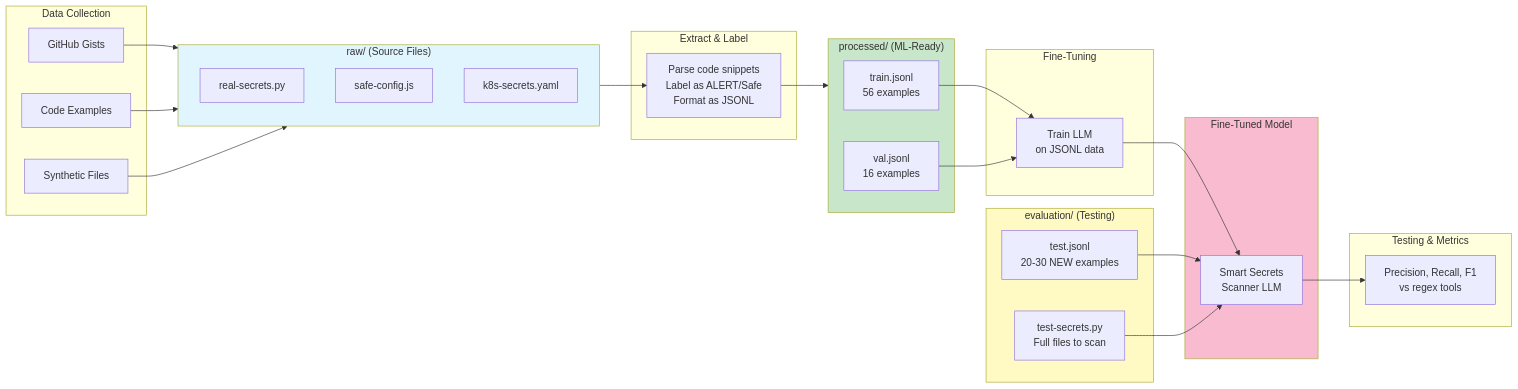
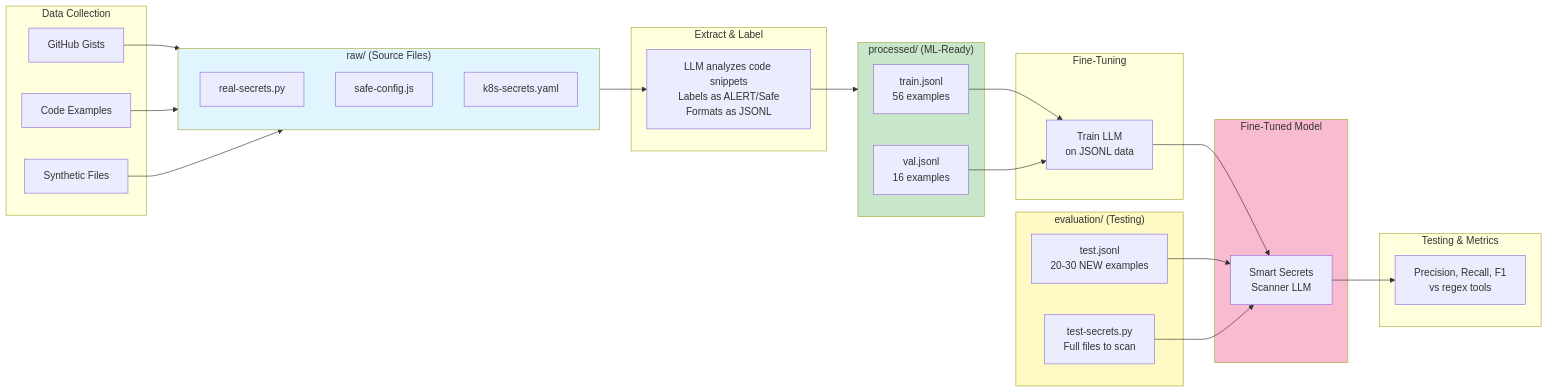
One commit to bcgov/Smart-Secrets-Scanner changed the diagram in data/README.md. Above: the diagram before and after it, drawn with Mermaid. The commit also changed other lines of this file and 68 other files, not shown here.

````diff
--- a/data/README.md
+++ b/data/README.md
@@ -7,57 +7,57 @@
 ```mermaid
 flowchart LR
     subgraph Collection["Data Collection"]
         A1[GitHub Gists]
         A2[Code Examples]
         A3[Synthetic Files]
     end
     
     subgraph Raw["raw/ (Source Files)"]
         B1[real-secrets.py]
         B2[safe-config.js]
         B3[k8s-secrets.yaml]
     end
     
     subgraph Processing["Extract & Label"]
-        C[Parse code snippets<br/>Label as ALERT/Safe<br/>Format as JSONL]
+        C[LLM analyzes code snippets<br/>Labels as ALERT/Safe<br/>Formats as JSONL]
     end
     
     subgraph Processed["processed/ (ML-Ready)"]
         D1[train.jsonl<br/>56 examples]
         D2[val.jsonl<br/>16 examples]
     end
     
     subgraph Training["Fine-Tuning"]
         E[Train LLM<br/>on JSONL data]
     end
     
     subgraph Evaluation["evaluation/ (Testing)"]
         F1[test.jsonl<br/>20-30 NEW examples]
         F2[test-secrets.py<br/>Full files to scan]
     end
     
     subgraph Model["Fine-Tuned Model"]
         G[Smart Secrets<br/>Scanner LLM]
     end
     
     subgraph Results["Testing & Metrics"]
         H[Precision, Recall, F1<br/>vs regex tools]
     end
     
     A1 --> Raw
     A2 --> Raw
     A3 --> Raw
     Raw --> C
     C --> Processed
     D1 --> E
     D2 --> E
     E --> G
     F1 --> G
     F2 --> G
     G --> H
     
     style Raw fill:#e1f5ff
     style Processed fill:#c8e6c9
     style Evaluation fill:#fff9c4
     style Model fill:#f8bbd0
 ```
````
